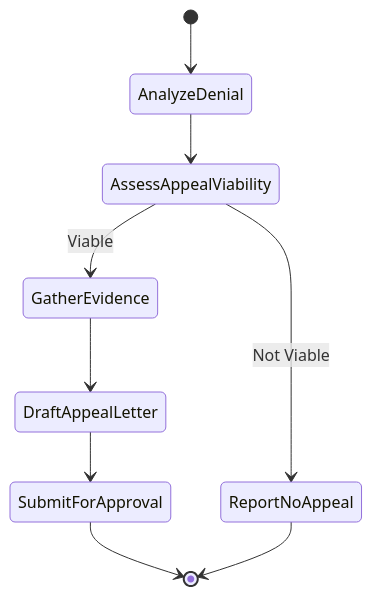
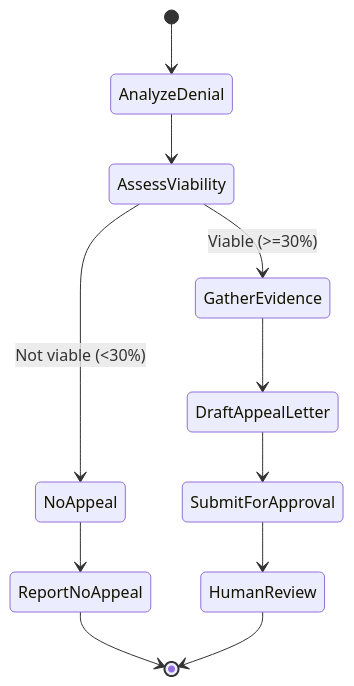
One commit to 0xultravioleta/medos changed the sixth of 7 diagrams in 04-architecture/system-design/agent-architecture.md. Above: the diagram before and after it, drawn with Mermaid. The commit also changed other lines of this file and 32 other files, not shown here.

Commit message:
docs: enrich agent architecture diagrams and Prior Auth deep dive with Sprint 4 implementation notes

````diff
--- a/04-architecture/system-design/agent-architecture.md
+++ b/04-architecture/system-design/agent-architecture.md
@@ -978,11 +992,13 @@
 ```mermaid
 stateDiagram-v2
     [*] --> AnalyzeDenial
-    AnalyzeDenial --> AssessAppealViability
-    AssessAppealViability --> ReportNoAppeal: Not Viable
-    AssessAppealViability --> GatherEvidence: Viable
+    AnalyzeDenial --> AssessViability
+    AssessViability --> NoAppeal: Not viable (<30%)
+    AssessViability --> GatherEvidence: Viable (>=30%)
+    NoAppeal --> ReportNoAppeal
+    ReportNoAppeal --> [*]
     GatherEvidence --> DraftAppealLetter
     DraftAppealLetter --> SubmitForApproval
-    SubmitForApproval --> [*]
-    ReportNoAppeal --> [*]
+    SubmitForApproval --> HumanReview
+    HumanReview --> [*]
 ```
````
